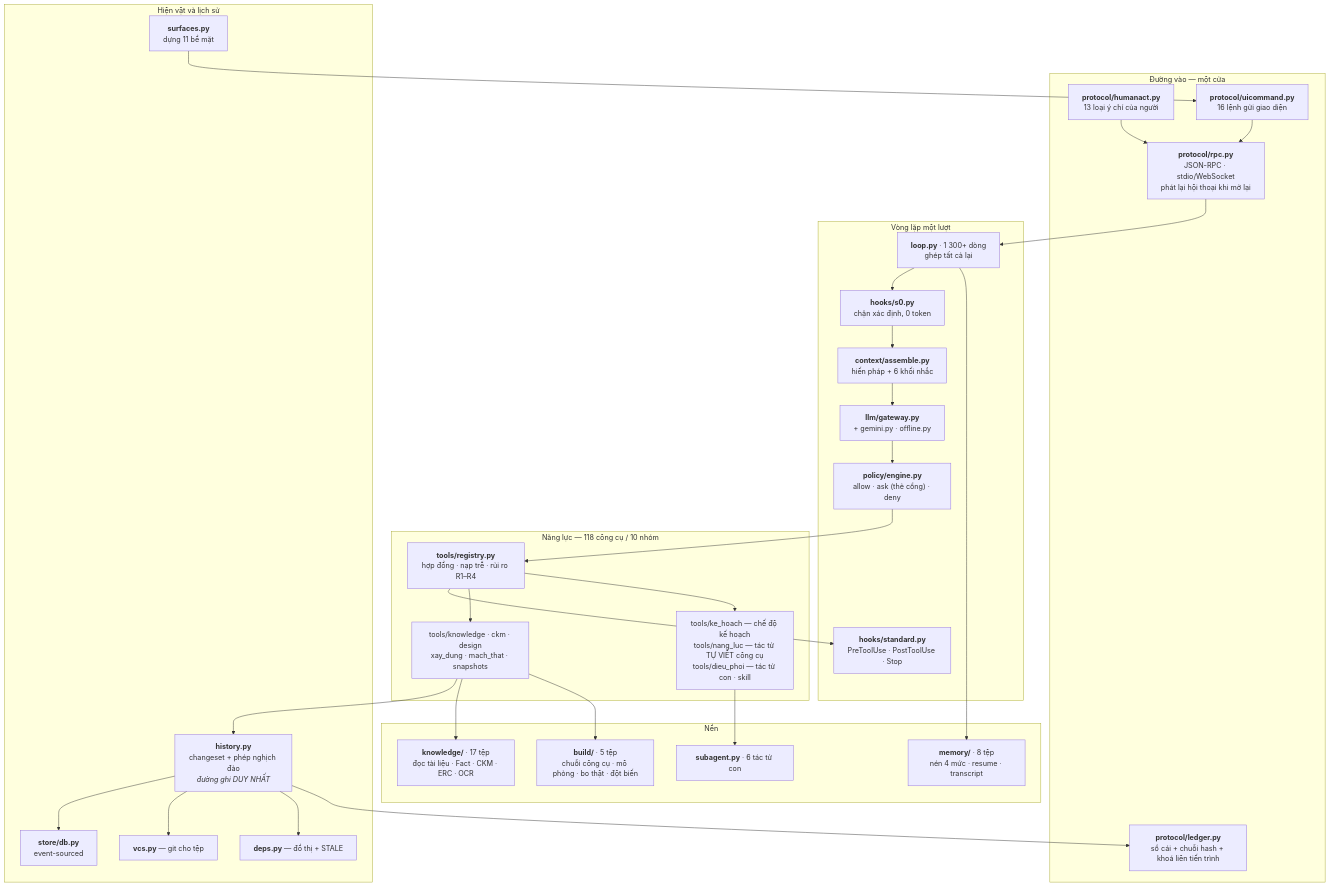
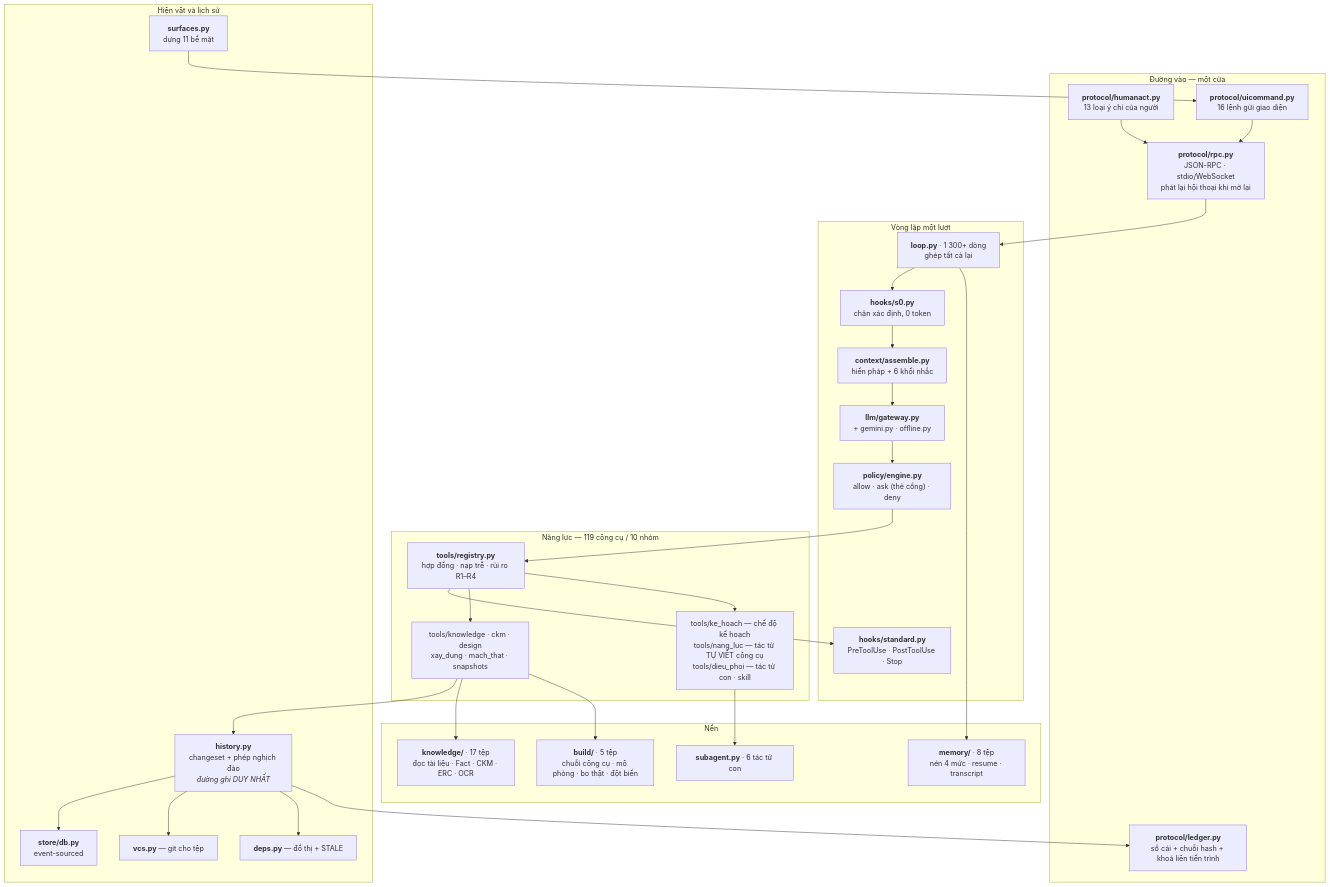
Before and after one commit to mobiluckvn/EIDEv3: the third of 3 diagrams in docs/md/EIDE-C4-46_Kien_truc_theo_mo_hinh_C4.md, drawn with Mermaid. The commit also changed 36 other files, not shown here.

````diff
--- a/docs/md/EIDE-C4-46_Kien_truc_theo_mo_hinh_C4.md
+++ b/docs/md/EIDE-C4-46_Kien_truc_theo_mo_hinh_C4.md
@@ -123,50 +123,50 @@
 ```mermaid
 graph TB
     subgraph Vao["Đường vào — một cửa"]
         RPC["<b>protocol/rpc.py</b><br/>JSON-RPC · stdio/WebSocket<br/>phát lại hội thoại khi mở lại"]
         HA["<b>protocol/humanact.py</b><br/>13 loại ý chí của người"]
         UIC["<b>protocol/uicommand.py</b><br/>16 lệnh gửi giao diện"]
         LEDGER["<b>protocol/ledger.py</b><br/>sổ cái + chuỗi hash + khoá liên tiến trình"]
     end
 
     subgraph Vong["Vòng lặp một lượt"]
         LOOP["<b>loop.py</b> · 1 300+ dòng<br/>ghép tất cả lại"]
         S0["<b>hooks/s0.py</b><br/>chặn xác định, 0 token"]
         CTX["<b>context/assemble.py</b><br/>hiến pháp + 6 khối nhắc"]
         LLM["<b>llm/gateway.py</b><br/>+ gemini.py · offline.py"]
         POL["<b>policy/engine.py</b><br/>allow · ask (thẻ cổng) · deny"]
         HOOK["<b>hooks/standard.py</b><br/>PreToolUse · PostToolUse · Stop"]
     end
 
-    subgraph Nang["Năng lực — 118 công cụ / 10 nhóm"]
+    subgraph Nang["Năng lực — 119 công cụ / 10 nhóm"]
         REG["<b>tools/registry.py</b><br/>hợp đồng · nạp trễ · rủi ro R1–R4"]
         T1["tools/knowledge · ckm · design<br/>xay_dung · mach_that · snapshots"]
         T2["tools/ke_hoach — chế độ kế hoạch<br/>tools/nang_luc — tác tử TỰ VIẾT công cụ<br/>tools/dieu_phoi — tác tử con · skill"]
     end
 
     subgraph Hien["Hiện vật và lịch sử"]
         STORE["<b>store/db.py</b><br/>event-sourced"]
         HIST["<b>history.py</b><br/>changeset + phép nghịch đảo<br/><i>đường ghi DUY NHẤT</i>"]
         VCS["<b>vcs.py</b> — git cho tệp"]
         DEPS["<b>deps.py</b> — đồ thị + STALE"]
         SURF["<b>surfaces.py</b><br/>dựng 11 bề mặt"]
     end
 
     subgraph Nen["Nền"]
         KNOW["<b>knowledge/</b> · 17 tệp<br/>đọc tài liệu · Fact · CKM · ERC · OCR"]
         BUILD["<b>build/</b> · 5 tệp<br/>chuỗi công cụ · mô phỏng · bo thật · đột biến"]
         MEM["<b>memory/</b> · 8 tệp<br/>nén 4 mức · resume · transcript"]
         SUB["<b>subagent.py</b> · 6 tác tử con"]
     end
 
     RPC --> LOOP
     HA --> RPC
     LOOP --> S0 --> CTX --> LLM --> POL --> REG --> HOOK
     REG --> T1 & T2
     T1 --> HIST --> STORE & VCS & DEPS
     HIST --> LEDGER
     SURF --> UIC --> RPC
     T1 --> KNOW & BUILD
     LOOP --> MEM
     T2 --> SUB
 ```
````
